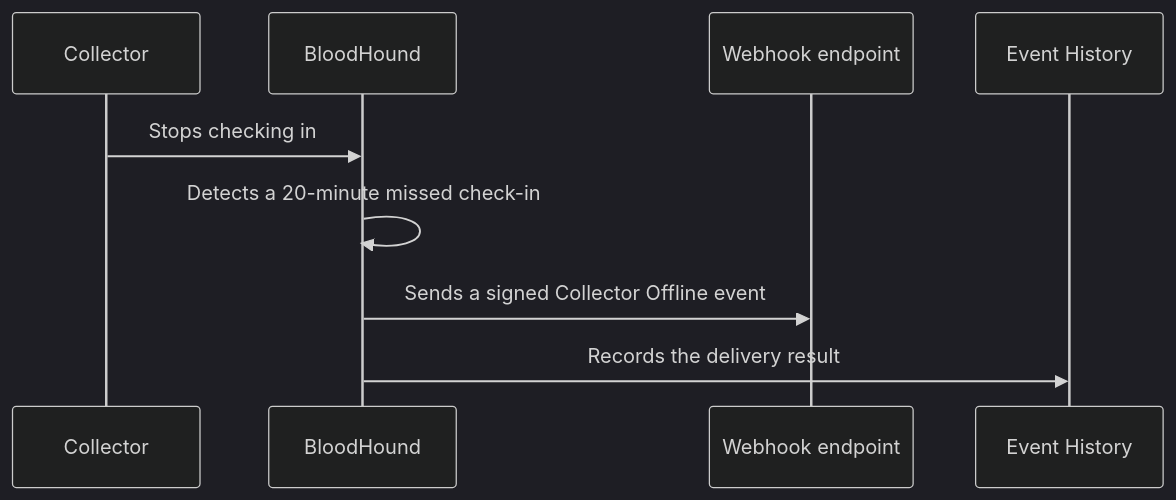
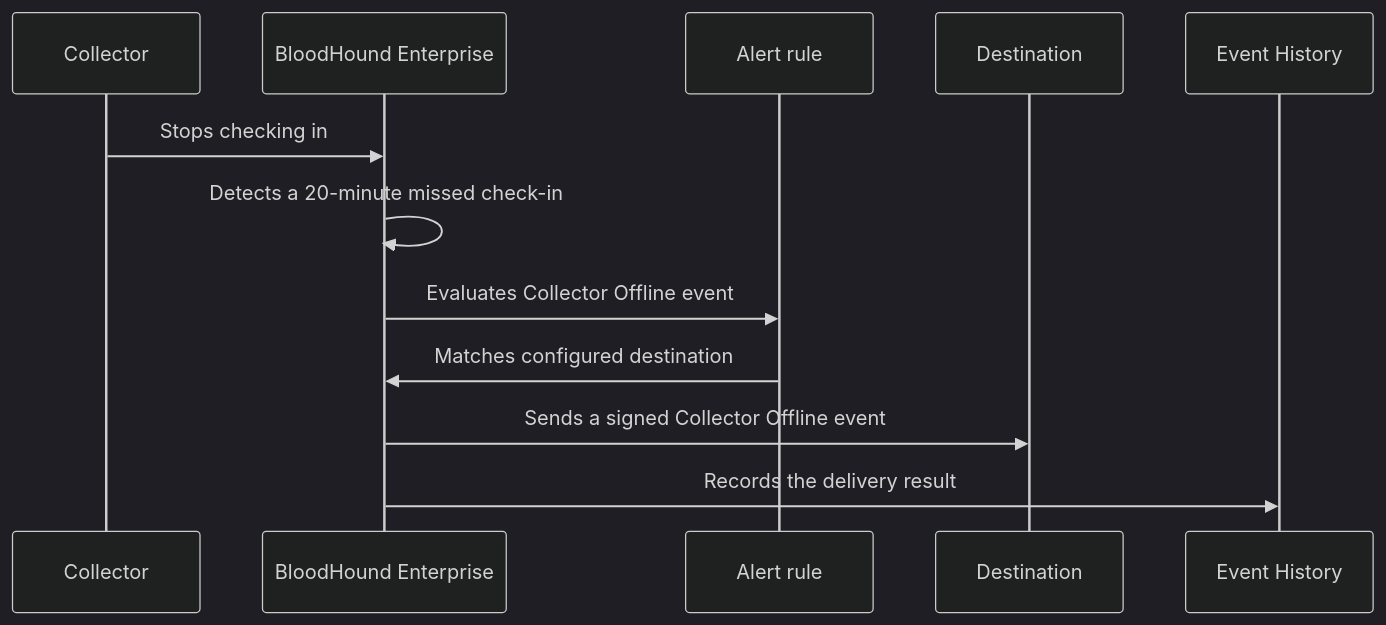
One commit to SpecterOps/bloodhound-docs changed the diagram in docs/manage-bloodhound/alerts/overview.mdx. Above: the diagram before and after it, drawn with Mermaid (dark theme). The commit also changed other lines of this file and 8 other files, not shown here.

````diff
--- a/docs/manage-bloodhound/alerts/overview.mdx
+++ b/docs/manage-bloodhound/alerts/overview.mdx
@@ -26,12 +59,15 @@
 ```mermaid
 sequenceDiagram
     participant C as Collector
-    participant B as BloodHound
-    participant W as Webhook endpoint
+    participant B as BloodHound Enterprise
+    participant R as Alert rule
+    participant W as Destination
     participant H as Event History
 
     C->>B: Stops checking in
     B->>B: Detects a 20-minute missed check-in
+    B->>R: Evaluates Collector Offline event
+    R->>B: Matches configured destination
     B->>W: Sends a signed Collector Offline event
     B->>H: Records the delivery result
 ```
````
